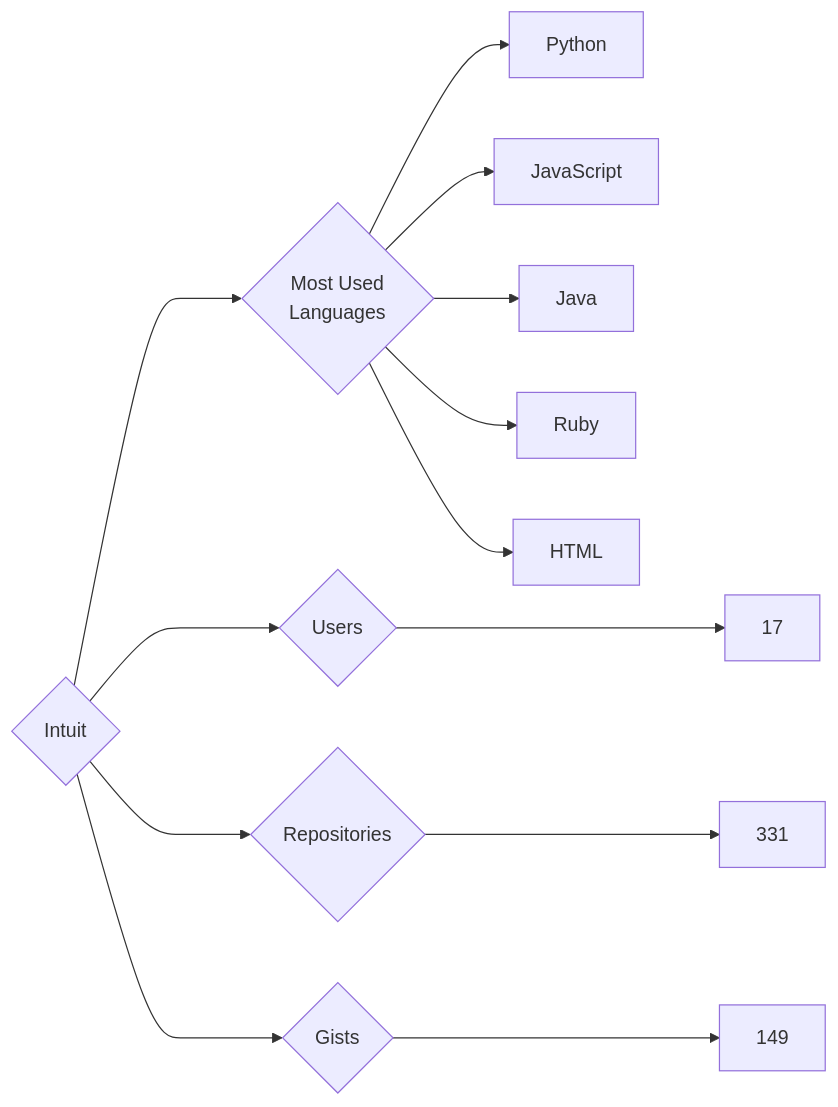
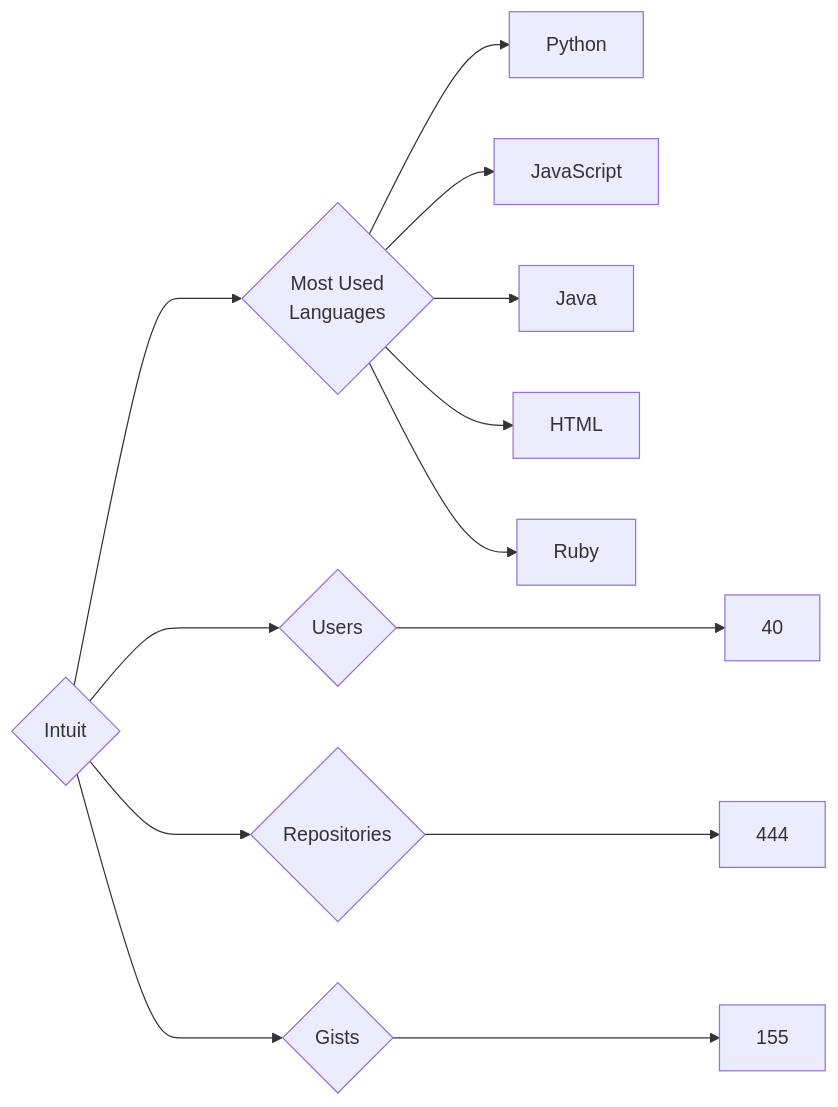
The diagram in targets/Intuit/README.md (trickest/insiders), drawn with Mermaid before and after one commit. The commit also changed 845 other files, not shown here.

````diff
--- a/targets/Intuit/README.md
+++ b/targets/Intuit/README.md
@@ -3,13 +3,13 @@
 ```mermaid
 graph LR
 COMPANY_NAME{Intuit}
-COMPANY_NAME ---> U{Users} ---> UN[17]
-COMPANY_NAME ---> R{Repositories} ---> RN[331]
-COMPANY_NAME ---> G{Gists} ---> GN[149]
+COMPANY_NAME ---> U{Users} ---> UN[40]
+COMPANY_NAME ---> R{Repositories} ---> RN[444]
+COMPANY_NAME ---> G{Gists} ---> GN[155]
 COMPANY_NAME ---> ML{Most Used<br>Languages}
 ML --> Python[Python]
 ML --> JavaScript[JavaScript]
 ML --> Java[Java]
+ML --> HTML[HTML]
 ML --> Ruby[Ruby]
-ML --> HTML[HTML]
 ```
````
